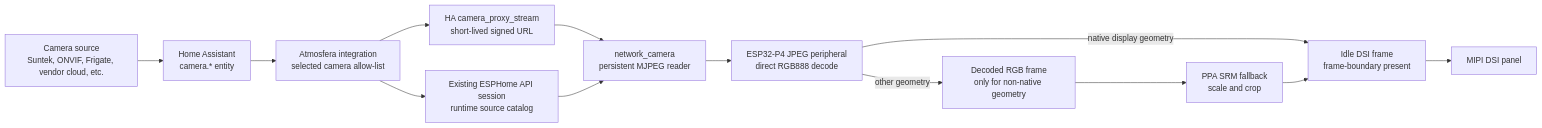
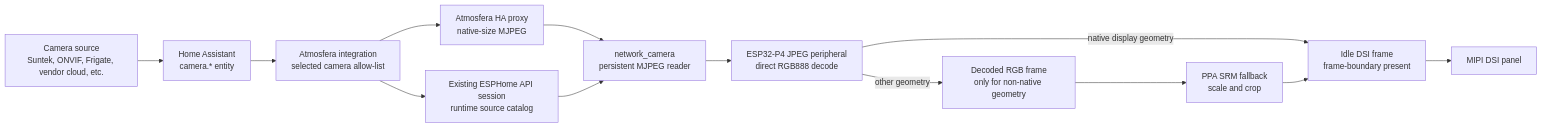
The diagram in docs/architecture/camera-streaming.md (kyvaith/Atmosfera-Echo-Hub), drawn with Mermaid before and after one commit. The commit also changed other lines of this file and 42 other files, not shown here.

Commit message:
Refine production UI, media, camera, and voice flows

````diff
--- a/docs/architecture/camera-streaming.md
+++ b/docs/architecture/camera-streaming.md
@@ -35,27 +37,27 @@
 ```mermaid
 flowchart LR
     SOURCE["Camera source<br/>Suntek, ONVIF, Frigate, vendor cloud, etc."]
     ENTITY["Home Assistant<br/>camera.* entity"]
     CONFIG["Atmosfera integration<br/>selected camera allow-list"]
-    PROXY["HA camera_proxy_stream<br/>short-lived signed URL"]
+    PROXY["Atmosfera HA proxy<br/>native-size MJPEG"]
     API["Existing ESPHome API session<br/>runtime source catalog"]
     HTTP["network_camera<br/>persistent MJPEG reader"]
     JPEG["ESP32-P4 JPEG peripheral<br/>direct RGB888 decode"]
     FALLBACK["Decoded RGB frame<br/>only for non-native geometry"]
     PPA["PPA SRM fallback<br/>scale and crop"]
     DSI["Idle DSI frame<br/>frame-boundary present"]
     PANEL["MIPI DSI panel"]
 
     SOURCE --> ENTITY
     ENTITY --> CONFIG
     CONFIG --> PROXY
     PROXY --> HTTP
     CONFIG --> API
     API --> HTTP
     HTTP --> JPEG
     JPEG -->|"native display geometry"| DSI
     JPEG -->|"other geometry"| FALLBACK
     FALLBACK --> PPA
     PPA --> DSI
     DSI --> PANEL
 ```
````
